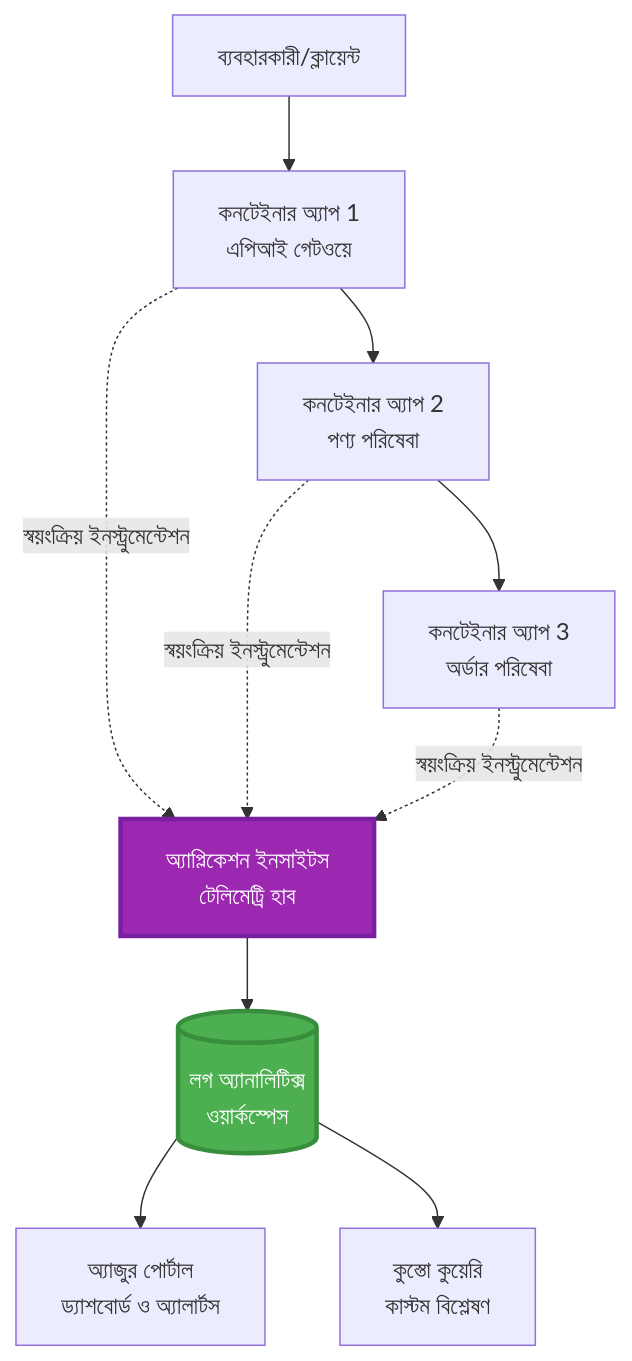
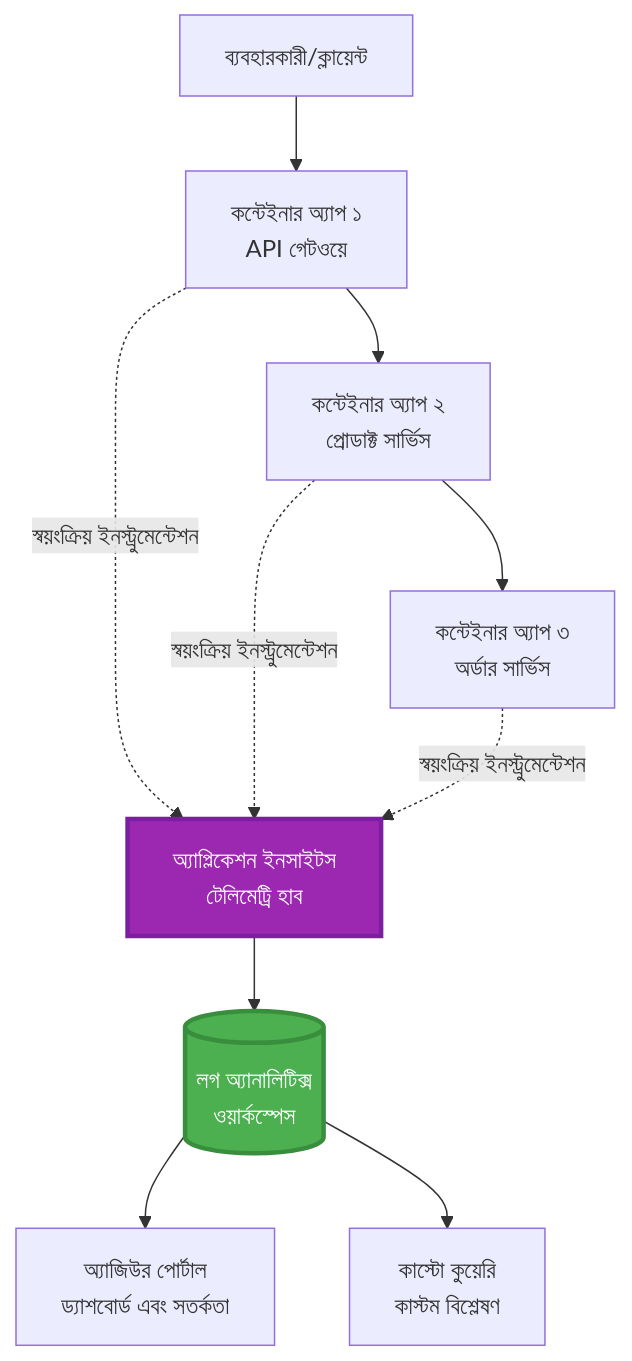
The first of 2 diagrams in translations/bn/docs/chapter-06-pre-deployment/application-insights.md (microsoft/AZD-for-beginners), drawn with Mermaid before and after one commit. The commit also changed other lines of this file and 101 other files, not shown here.

````diff
--- a/translations/bn/docs/chapter-06-pre-deployment/application-insights.md
+++ b/translations/bn/docs/chapter-06-pre-deployment/application-insights.md
@@ -58,28 +58,28 @@
 ```mermaid
 graph TB
     User[ব্যবহারকারী/ক্লায়েন্ট]
-    App1[কনটেইনার অ্যাপ 1<br/>এপিআই গেটওয়ে]
-    App2[কনটেইনার অ্যাপ 2<br/>পণ্য পরিষেবা]
-    App3[কনটেইনার অ্যাপ 3<br/>অর্ডার পরিষেবা]
+    App1[কন্টেইনার অ্যাপ ১<br/>API গেটওয়ে]
+    App2[কন্টেইনার অ্যাপ ২<br/>প্রোডাক্ট সার্ভিস]
+    App3[কন্টেইনার অ্যাপ ৩<br/>অর্ডার সার্ভিস]
     
     AppInsights[অ্যাপ্লিকেশন ইনসাইটস<br/>টেলিমেট্রি হাব]
     LogAnalytics[(লগ অ্যানালিটিক্স<br/>ওয়ার্কস্পেস)]
     
-    Portal[অ্যাজুর পোর্টাল<br/>ড্যাশবোর্ড ও অ্যালার্টস]
-    Query[কুস্তো কুয়েরি<br/>কাস্টম বিশ্লেষণ]
+    Portal[অ্যাজিউর পোর্টাল<br/>ড্যাশবোর্ড এবং সতর্কতা]
+    Query[কাস্টো কুয়েরি<br/>কাস্টম বিশ্লেষণ]
     
     User --> App1
     App1 --> App2
     App2 --> App3
     
     App1 -.->|স্বয়ংক্রিয় ইনস্ট্রুমেন্টেশন| AppInsights
     App2 -.->|স্বয়ংক্রিয় ইনস্ট্রুমেন্টেশন| AppInsights
     App3 -.->|স্বয়ংক্রিয় ইনস্ট্রুমেন্টেশন| AppInsights
     
     AppInsights --> LogAnalytics
     LogAnalytics --> Portal
     LogAnalytics --> Query
     
     style AppInsights fill:#9C27B0,stroke:#7B1FA2,stroke-width:3px,color:#fff
     style LogAnalytics fill:#4CAF50,stroke:#388E3C,stroke-width:3px,color:#fff
 ```
````
